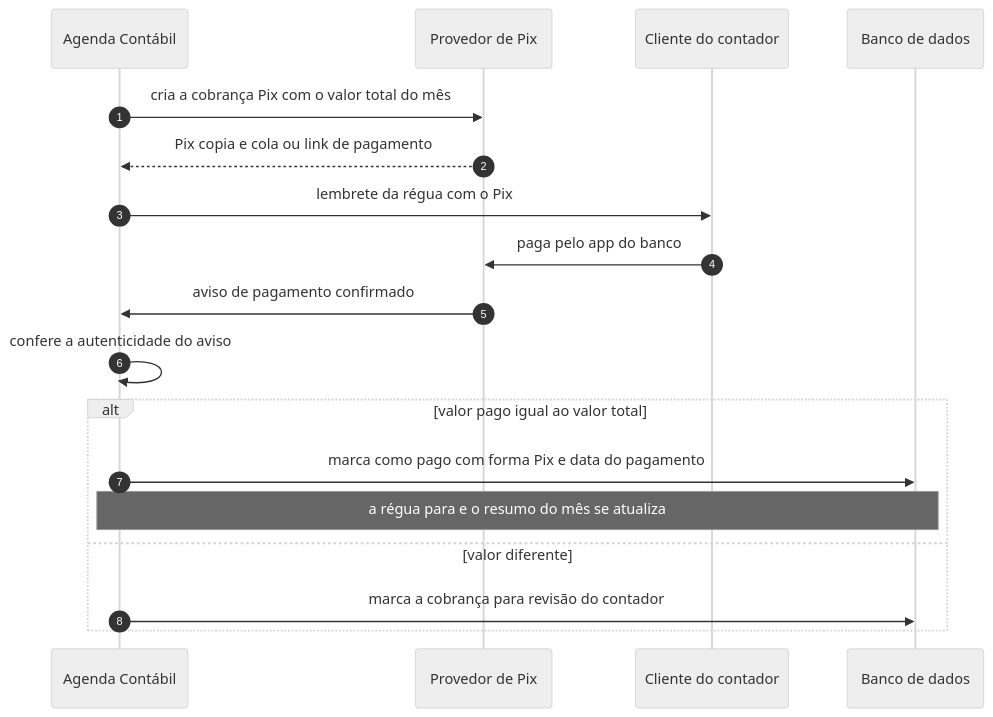
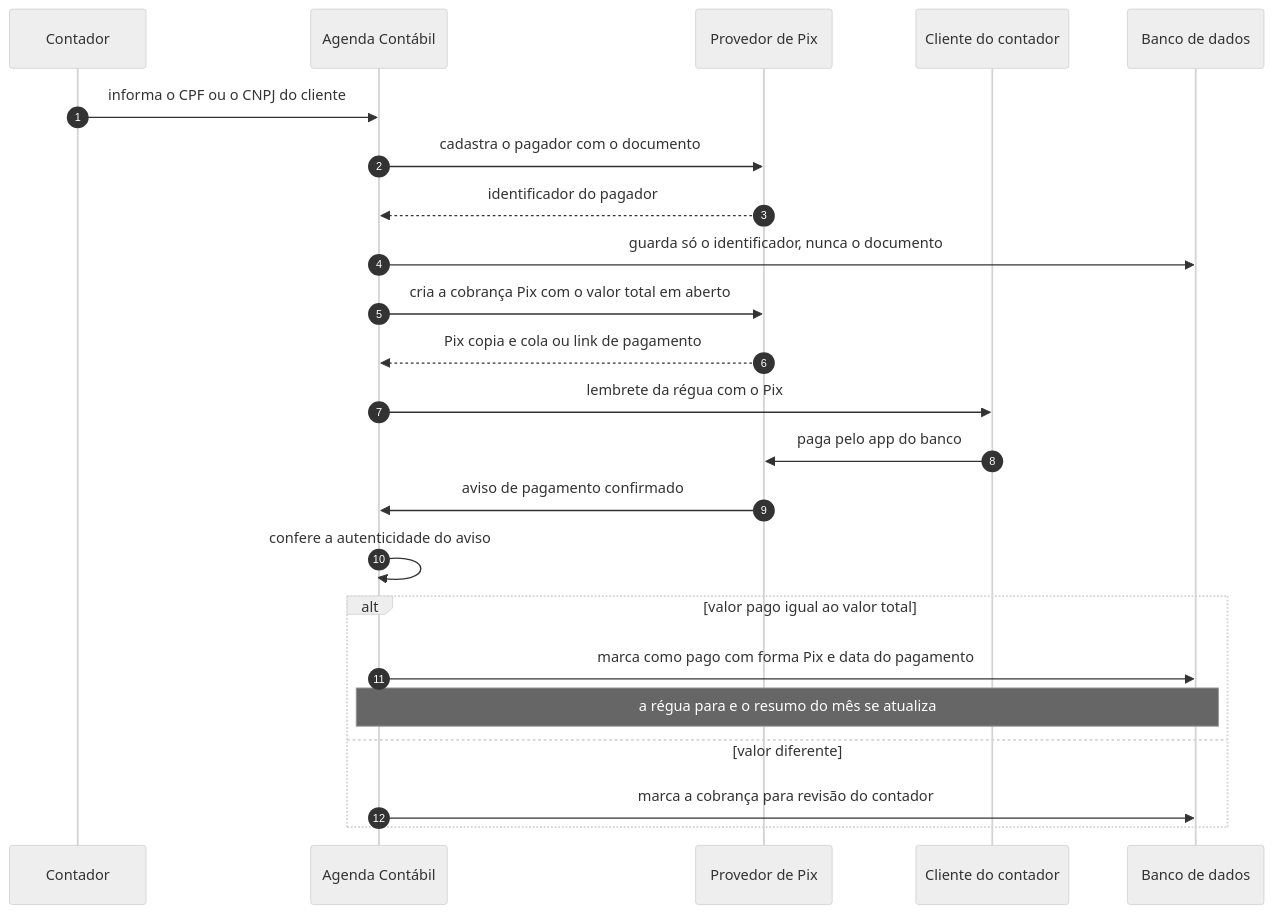
One commit to 77mdias/neximob changed diagram 14 of 19 in docs/Mapa de fluxo.md. Above: the diagram before and after it, drawn with Mermaid (neutral theme). The commit also changed other lines of this file and 6 other files, not shown here.

First line of the commit message:
docs: registra decisões de stack, pendências, WhatsApp e CPF/CNPJ

````diff
--- a/docs/Mapa de fluxo.md
+++ b/docs/Mapa de fluxo.md
@@ -325,21 +353,26 @@
 ```mermaid
 sequenceDiagram
     autonumber
+    participant CONT as Contador
     participant APP as Agenda Contábil
     participant PSP as Provedor de Pix
     participant CLI as Cliente do contador
     participant DB as Banco de dados
 
-    APP->>PSP: cria a cobrança Pix com o valor total do mês
+    CONT->>APP: informa o CPF ou o CNPJ do cliente
+    APP->>PSP: cadastra o pagador com o documento
+    PSP-->>APP: identificador do pagador
+    APP->>DB: guarda só o identificador, nunca o documento
+    APP->>PSP: cria a cobrança Pix com o valor total em aberto
     PSP-->>APP: Pix copia e cola ou link de pagamento
     APP->>CLI: lembrete da régua com o Pix
     CLI->>PSP: paga pelo app do banco
     PSP->>APP: aviso de pagamento confirmado
     APP->>APP: confere a autenticidade do aviso
     alt valor pago igual ao valor total
         APP->>DB: marca como pago com forma Pix e data do pagamento
         Note over APP,DB: a régua para e o resumo do mês se atualiza
     else valor diferente
         APP->>DB: marca a cobrança para revisão do contador
     end
 ```
````
